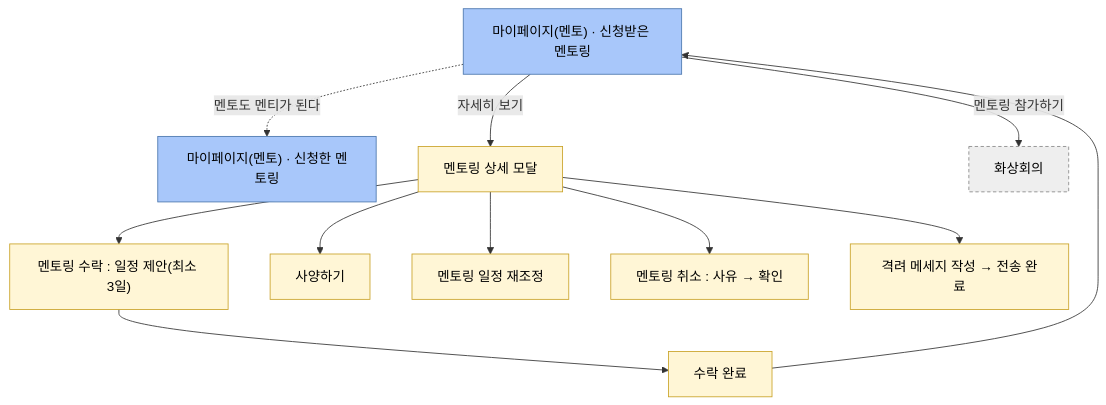
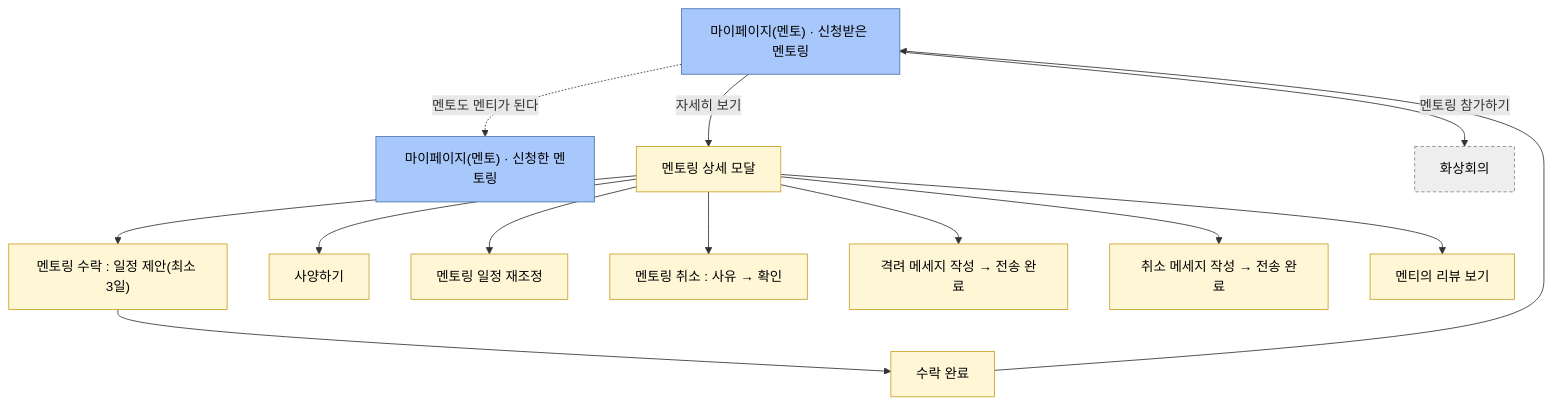
Before and after one commit to jisoo-y-mentree/mentree2-pd-fe: the third of 4 diagrams in design/docs/transition-map.md, drawn with Mermaid. The commit also changed other lines of this file and 5 other files, not shown here.

````diff
--- a/design/docs/transition-map.md
+++ b/design/docs/transition-map.md
@@ -163,29 +170,33 @@
 ```mermaid
 flowchart TD
   mpm["마이페이지(멘토) · 신청받은 멘토링"]
   mmy["마이페이지(멘토) · 신청한 멘토링"]
   det["멘토링 상세 모달"]
   acc["멘토링 수락 : 일정 제안(최소 3일)"]
   accdone["수락 완료"]
   decline["사양하기"]
   resch["멘토링 일정 재조정"]
   cancel["멘토링 취소 : 사유 → 확인"]
   cheer["격려 메세지 작성 → 전송 완료"]
+  cmsg["취소 메세지 작성 → 전송 완료"]
+  rev["멘티의 리뷰 보기"]
   meet["화상회의"]
 
   mpm -->|"자세히 보기"| det
   det --> acc --> accdone --> mpm
   det --> decline
   det --> resch
   det --> cancel
   det --> cheer
+  det --> cmsg
+  det --> rev
   mpm -->|"멘토링 참가하기"| meet
   mpm -.->|"멘토도 멘티가 된다"| mmy
 
   classDef s fill:#a8c7fa,stroke:#4a76ad,color:#000
   classDef m fill:#fff6d6,stroke:#c9a227,color:#000
   classDef x fill:#eeeeee,stroke:#888888,stroke-dasharray:4 3,color:#000
   class mpm,mmy s
-  class det,acc,accdone,decline,resch,cancel,cheer m
+  class det,acc,accdone,decline,resch,cancel,cheer,cmsg,rev m
   class meet x
 ```
````
